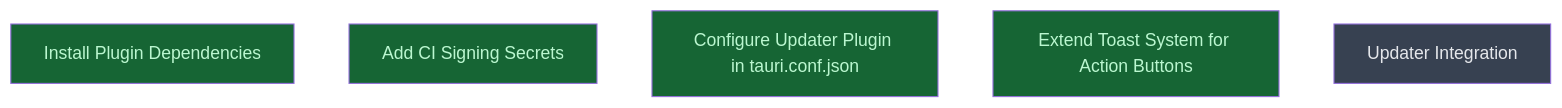
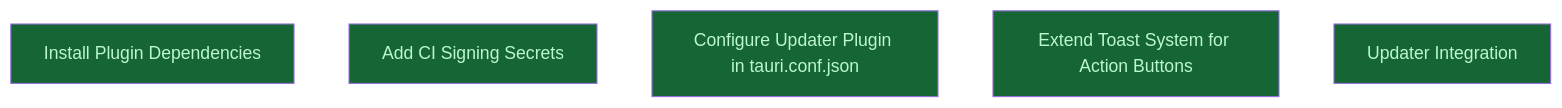
Before and after one commit to LittleCoinCoin/sift: the diagram in __roadmap__/auto-updater/README.md, drawn with Mermaid. The commit also changed other lines of this file and 1 other file, not shown here.

Commit message:
chore(roadmap): mark all auto-updater nodes done
All 6 leaf tasks complete. Static gates (pnpm svelte-check, cargo build)
pass on milestone/auto-updater. Behavioral and pubkey gates documented
as BLOCKED pending developer key generation and a running app.

````diff
--- a/__roadmap__/auto-updater/README.md
+++ b/__roadmap__/auto-updater/README.md
@@ -30,13 +30,13 @@
 ```mermaid
 graph TD
     deps[Install Plugin Dependencies]:::done
     ci_signing[Add CI Signing Secrets]:::done
     tauri_config[Configure Updater Plugin in tauri.conf.json]:::done
     toast_extension[Extend Toast System for Action Buttons]:::done
-    updater_integration[Updater Integration]:::planned
+    updater_integration[Updater Integration]:::done
     classDef done       fill:#166534,color:#bbf7d0
     classDef inprogress fill:#854d0e,color:#fef08a
     classDef planned    fill:#374151,color:#e5e7eb
     classDef amendment  fill:#1e3a5f,color:#bfdbfe
     classDef blocked    fill:#7f1d1d,color:#fecaca
 ```
````
